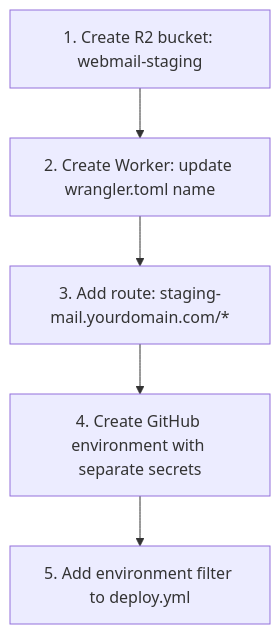
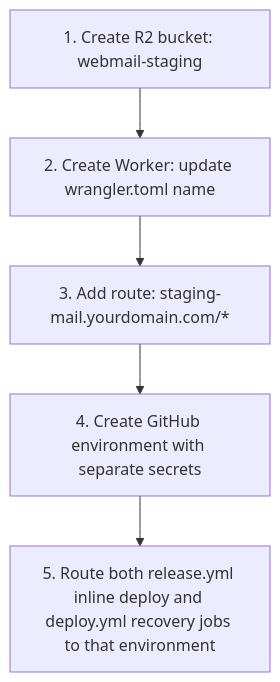
The fifth of 5 diagrams in docs/deployment-checklist.md (forwardemail/mail.forwardemail.net), drawn with Mermaid before and after one commit. The commit also changed other lines of this file and 6 other files, not shown here.

````diff
--- a/docs/deployment-checklist.md
+++ b/docs/deployment-checklist.md
@@ -277,7 +294,7 @@
 ```mermaid
 flowchart TD
     A["1. Create R2 bucket: webmail-staging"] --> B["2. Create Worker: update wrangler.toml name"]
     B --> C["3. Add route: staging-mail.yourdomain.com/*"]
     C --> D["4. Create GitHub environment with separate secrets"]
-    D --> E["5. Add environment filter to deploy.yml"]
+    D --> E["5. Route both release.yml inline deploy and deploy.yml recovery jobs to that environment"]
 ```
````
